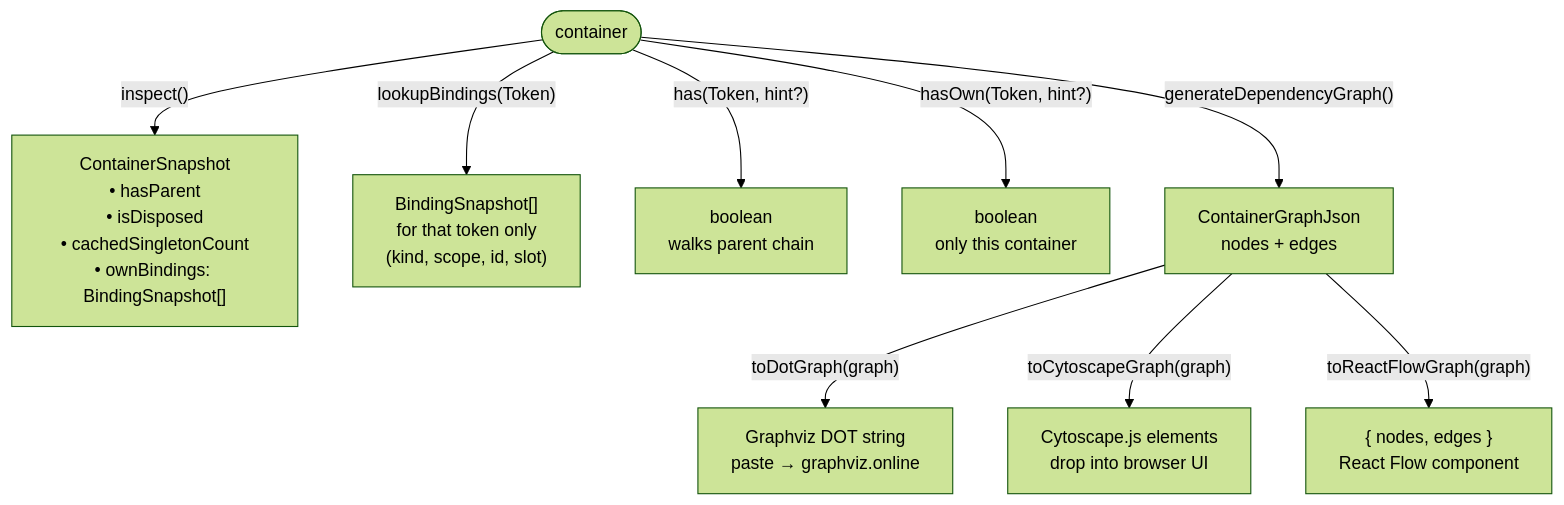
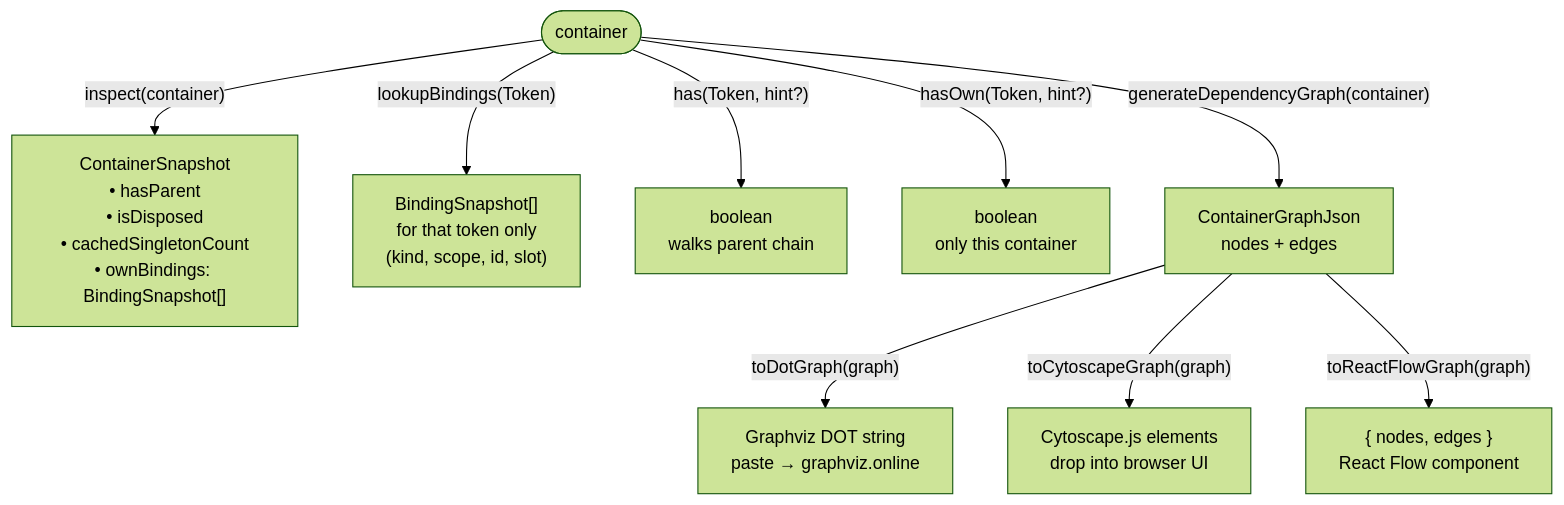
The first of 2 diagrams in packages/di/examples/15-inspection-graph/README.md (codefastlabs/codefast), drawn with Mermaid (forest theme) before and after one commit. The commit also changed other lines of this file and 22 other files, not shown here.

````diff
--- a/packages/di/examples/15-inspection-graph/README.md
+++ b/packages/di/examples/15-inspection-graph/README.md
@@ -19,14 +19,14 @@
 ```mermaid
 graph TD
     Container(["container"])
 
-    Container -->|"inspect()"| Snap["ContainerSnapshot\n• hasParent\n• isDisposed\n• cachedSingletonCount\n• ownBindings: BindingSnapshot[]"]
+    Container -->|"inspect(container)"| Snap["ContainerSnapshot\n• hasParent\n• isDisposed\n• cachedSingletonCount\n• ownBindings: BindingSnapshot[]"]
     Container -->|"lookupBindings(Token)"| LB["BindingSnapshot[]\nfor that token only\n(kind, scope, id, slot)"]
     Container -->|"has(Token, hint?)"| HasP["boolean\nwalks parent chain"]
     Container -->|"hasOwn(Token, hint?)"| HasO["boolean\nonly this container"]
-    Container -->|"generateDependencyGraph()"| Graph["ContainerGraphJson\nnodes + edges"]
+    Container -->|"generateDependencyGraph(container)"| Graph["ContainerGraphJson\nnodes + edges"]
 
     Graph -->|"toDotGraph(graph)"| DOT["Graphviz DOT string\npaste → graphviz.online"]
     Graph -->|"toCytoscapeGraph(graph)"| Cyto["Cytoscape.js elements\ndrop into browser UI"]
     Graph -->|"toReactFlowGraph(graph)"| RF["{ nodes, edges }\nReact Flow component"]
 ```
````
